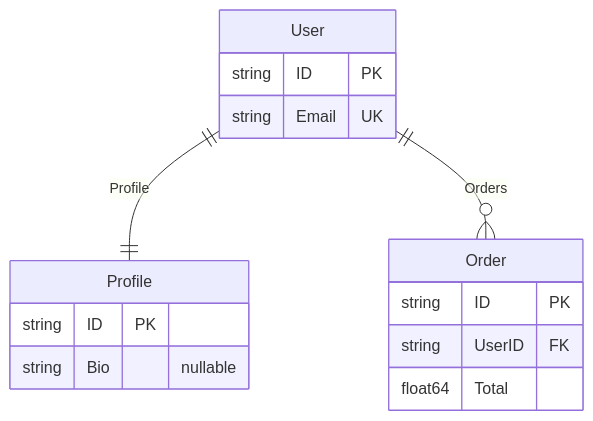
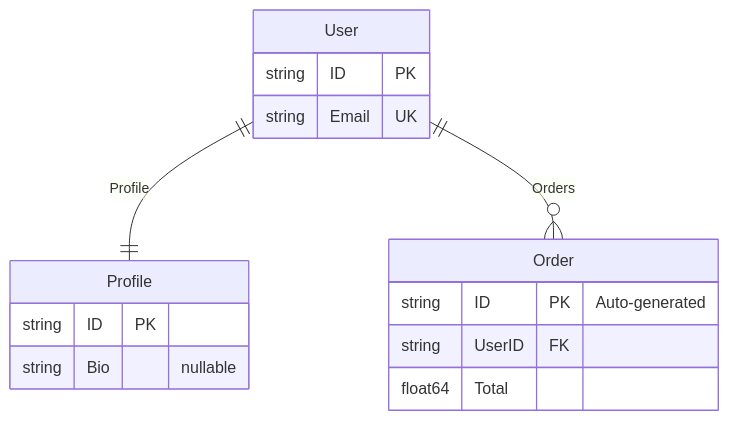
The diagram in docs/3.integrations/1.erd.md (zoobzio/sentinel), drawn with Mermaid before and after one commit. The commit also changed other lines of this file and 14 other files, not shown here.

````diff
--- a/docs/3.integrations/1.erd.md
+++ b/docs/3.integrations/1.erd.md
@@ -64,18 +71,18 @@
 ```mermaid
 erDiagram
     User {
         string ID PK
         string Email UK
     }
     Profile {
         string ID PK
         string Bio "nullable"
     }
     Order {
-        string ID PK
+        string ID PK "Auto-generated"
         string UserID FK
         float64 Total
     }
     User ||--|| Profile : Profile
     User ||--o{ Order : Orders
 ```
````
